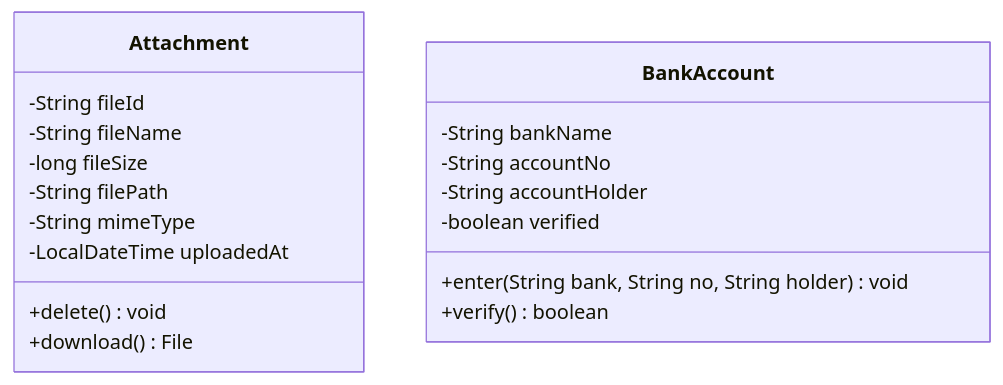
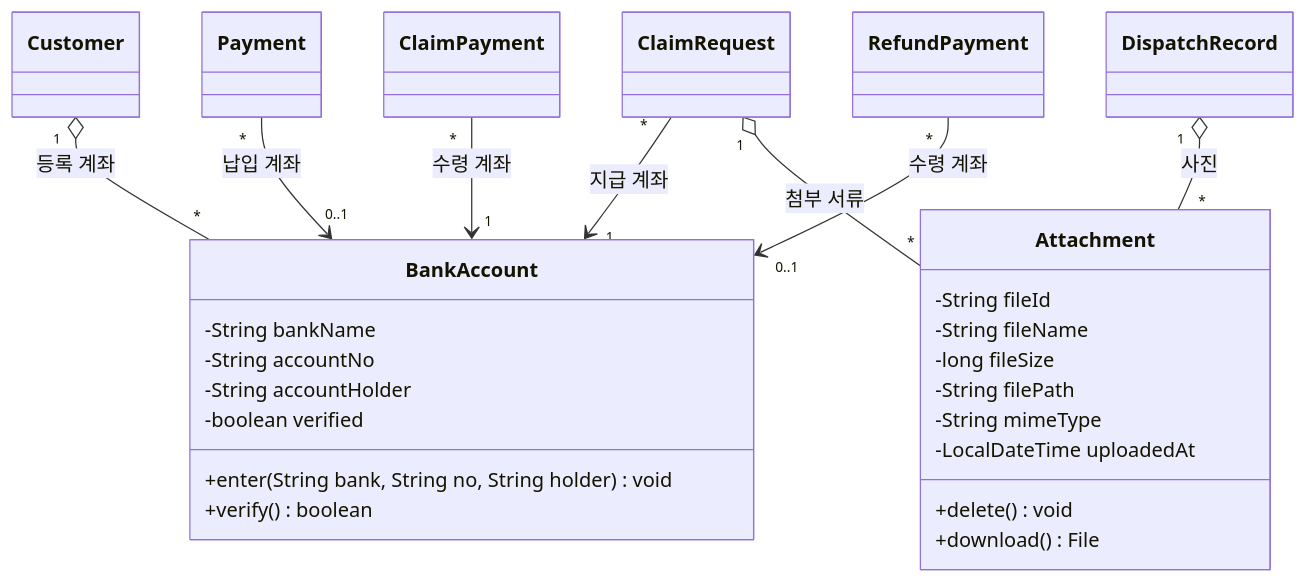
One commit to 2026-Distributed-Programming1/main_repo changed the second of 10 diagrams in src/main/resources/Class_Diagram_Mermaid.md. Above: the diagram before and after it, drawn with Mermaid. The commit also changed other lines of this file, not shown here.

Commit message:
docs: 리버스 엔지니어링을 통한 머메이드 파일 작성

````diff
--- a/src/main/resources/Class_Diagram_Mermaid.md
+++ b/src/main/resources/Class_Diagram_Mermaid.md
@@ -173,21 +177,37 @@
 ```mermaid
 classDiagram
     class Attachment {
         -String fileId
         -String fileName
         -long fileSize
         -String filePath
         -String mimeType
         -LocalDateTime uploadedAt
         +delete() void
         +download() File
     }
     class BankAccount {
         -String bankName
         -String accountNo
         -String accountHolder
         -boolean verified
         +enter(String bank, String no, String holder) void
         +verify() boolean
     }
+
+    %% 이 부품을 객체로 보유(참조)하는 도메인 클래스 — 사용처 모아보기
+    class Customer
+    class Payment
+    class ClaimRequest
+    class ClaimPayment
+    class RefundPayment
+    class DispatchRecord
+
+    Customer "1" o-- "*" BankAccount : 등록 계좌
+    Payment "*" --> "0..1" BankAccount : 납입 계좌
+    ClaimRequest "*" --> "1" BankAccount : 지급 계좌
+    ClaimPayment "*" --> "1" BankAccount : 수령 계좌
+    RefundPayment "*" --> "0..1" BankAccount : 수령 계좌
+    DispatchRecord "1" o-- "*" Attachment : 사진
+    ClaimRequest "1" o-- "*" Attachment : 첨부 서류
 ```
````
